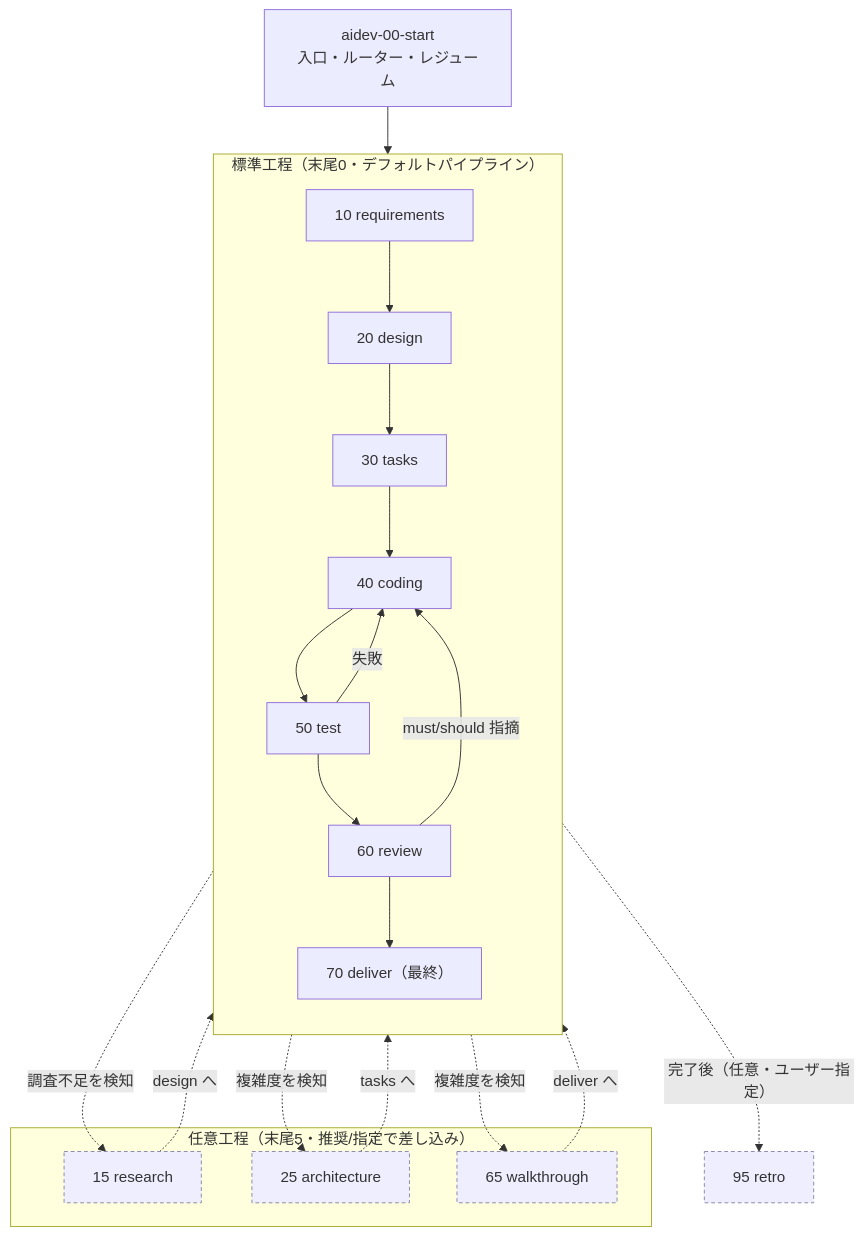
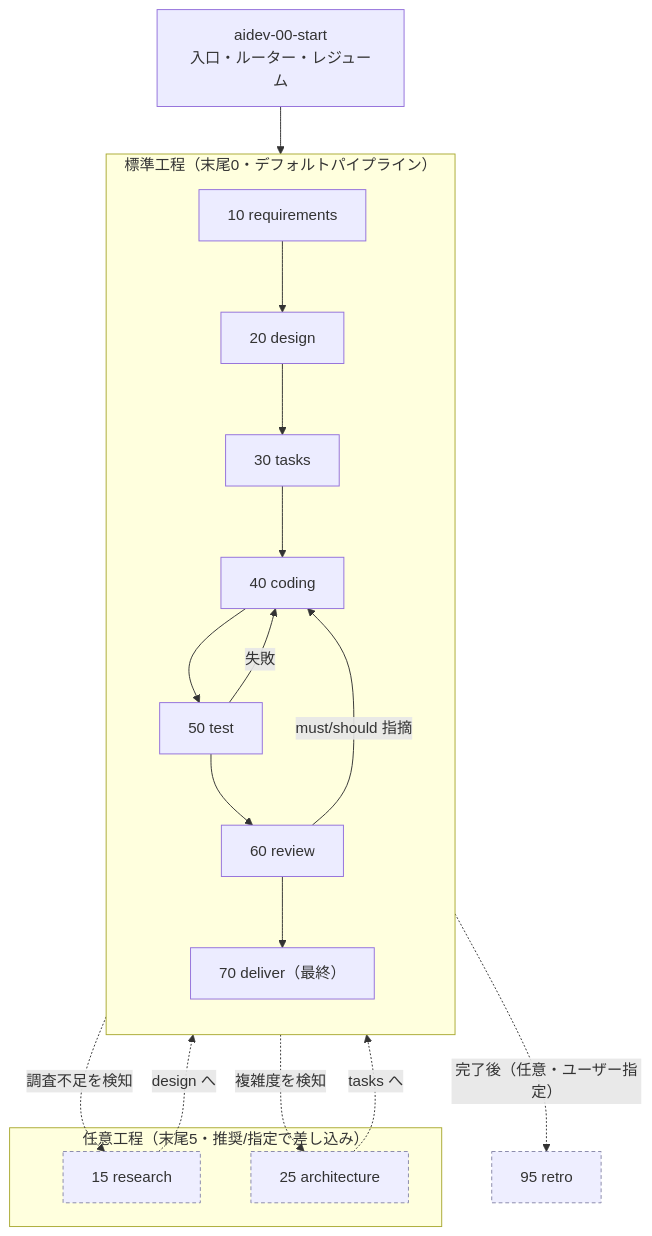
The first of 5 diagrams in docs/ClaudeCode/skills/aidev/aidev-docs/DESIGN.md (asaomaro/public_docs), drawn with Mermaid before and after one commit. The commit also changed other lines of this file and 12 other files, not shown here.

First line of the commit message:
walkthrough を工程から外し、review の任意成果物にする

````diff
--- a/docs/ClaudeCode/skills/aidev/aidev-docs/DESIGN.md
+++ b/docs/ClaudeCode/skills/aidev/aidev-docs/DESIGN.md
@@ -18,28 +18,26 @@
 ```mermaid
 flowchart TD
   start["aidev-00-start<br/>入口・ルーター・レジューム"]
   start --> req
 
   subgraph STD["標準工程（末尾0・デフォルトパイプライン）"]
     direction TB
     req["10 requirements"] --> design["20 design"] --> tasks["30 tasks"]
     tasks --> coding["40 coding"] --> test["50 test"] --> review["60 review"] --> deliver["70 deliver（最終）"]
   end
 
   subgraph OPT["任意工程（末尾5・推奨/指定で差し込み）"]
     research["15 research"]
     architecture["25 architecture"]
-    walkthrough["65 walkthrough"]
   end
 
   req -. 調査不足を検知 .-> research -. design へ .-> design
   design -. 複雑度を検知 .-> architecture -. tasks へ .-> tasks
-  review -. 複雑度を検知 .-> walkthrough -. deliver へ .-> deliver
 
   test -- 失敗 --> coding
   review -- "must/should 指摘" --> coding
   deliver -. 完了後（任意・ユーザー指定） .-> retro["95 retro"]
 
   classDef opt fill:#eef,stroke:#88a,stroke-dasharray:4 3
-  class research,architecture,walkthrough,retro opt
+  class research,architecture,retro opt
 ```
````
